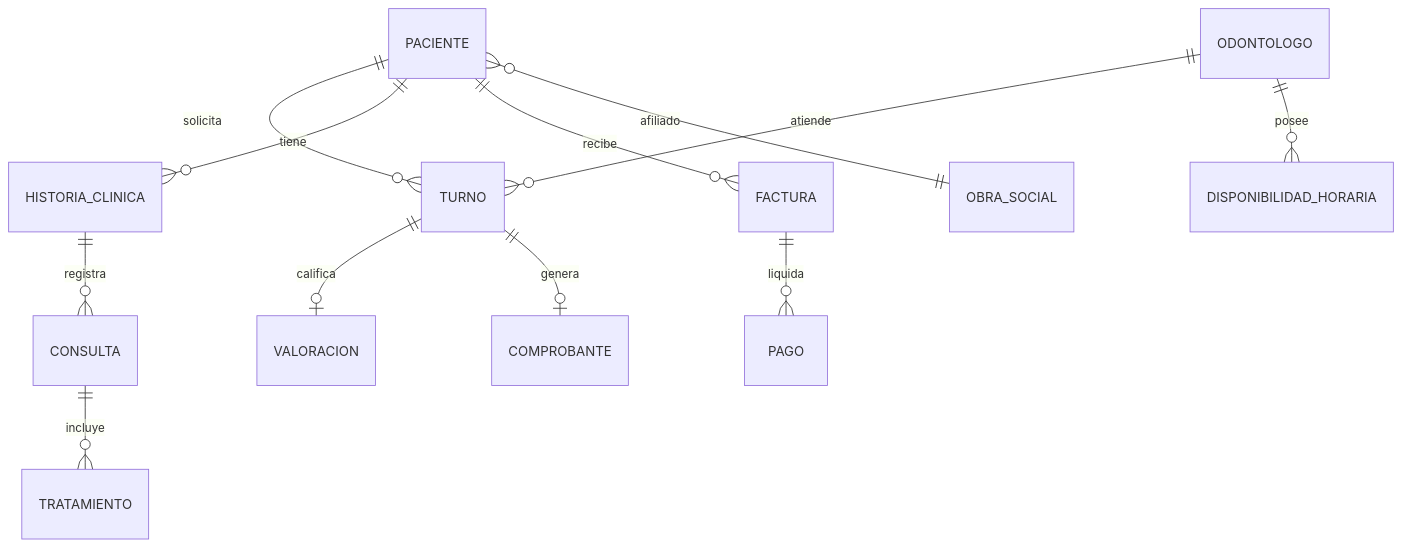
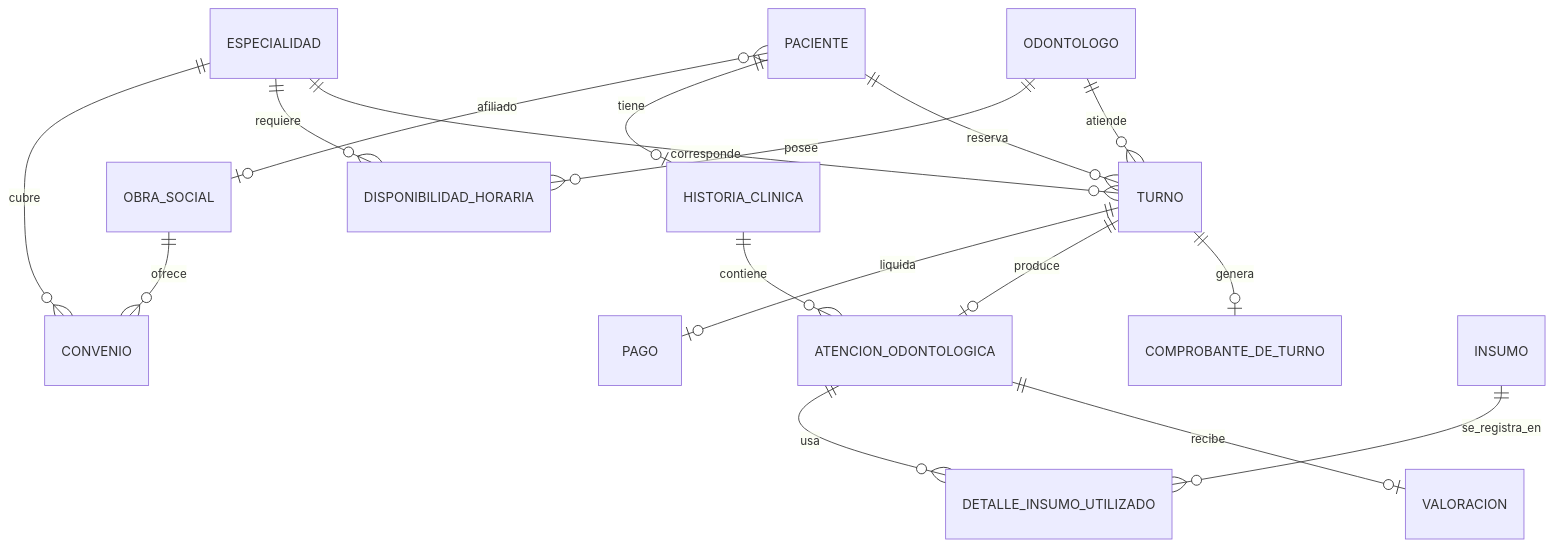
The diagram in README.md (TurnoMolar-Seminario-Integrador/Repository), drawn with Mermaid before and after one commit. The commit also changed other lines of this file, not shown here.

````diff
--- a/README.md
+++ b/README.md
@@ -140,14 +144,19 @@
 ```mermaid
 erDiagram
-    PACIENTE ||--o{ TURNO : solicita
+    PACIENTE ||--o{ TURNO : reserva
+    PACIENTE ||--o| HISTORIA_CLINICA : tiene
+    PACIENTE }o--o| OBRA_SOCIAL : afiliado
     ODONTOLOGO ||--o{ TURNO : atiende
     ODONTOLOGO ||--o{ DISPONIBILIDAD_HORARIA : posee
-    PACIENTE ||--o{ HISTORIA_CLINICA : tiene
-    HISTORIA_CLINICA ||--o{ CONSULTA : registra
-    CONSULTA ||--o{ TRATAMIENTO : incluye
-    PACIENTE ||--o{ FACTURA : recibe
-    FACTURA ||--o{ PAGO : liquida
-    PACIENTE }o--|| OBRA_SOCIAL : afiliado
-    TURNO ||--o| VALORACION : califica
-    TURNO ||--o| COMPROBANTE : genera
+    ESPECIALIDAD ||--o{ TURNO : corresponde
+    ESPECIALIDAD ||--o{ DISPONIBILIDAD_HORARIA : requiere
+    OBRA_SOCIAL ||--o{ CONVENIO : ofrece
+    ESPECIALIDAD ||--o{ CONVENIO : cubre
+    TURNO ||--o| COMPROBANTE_DE_TURNO : genera
+    TURNO ||--o| ATENCION_ODONTOLOGICA : produce
+    TURNO ||--o| PAGO : liquida
+    ATENCION_ODONTOLOGICA ||--o| VALORACION : recibe
+    ATENCION_ODONTOLOGICA ||--o{ DETALLE_INSUMO_UTILIZADO : usa
+    INSUMO ||--o{ DETALLE_INSUMO_UTILIZADO : se_registra_en
+    HISTORIA_CLINICA ||--o{ ATENCION_ODONTOLOGICA : contiene
 ```
````
